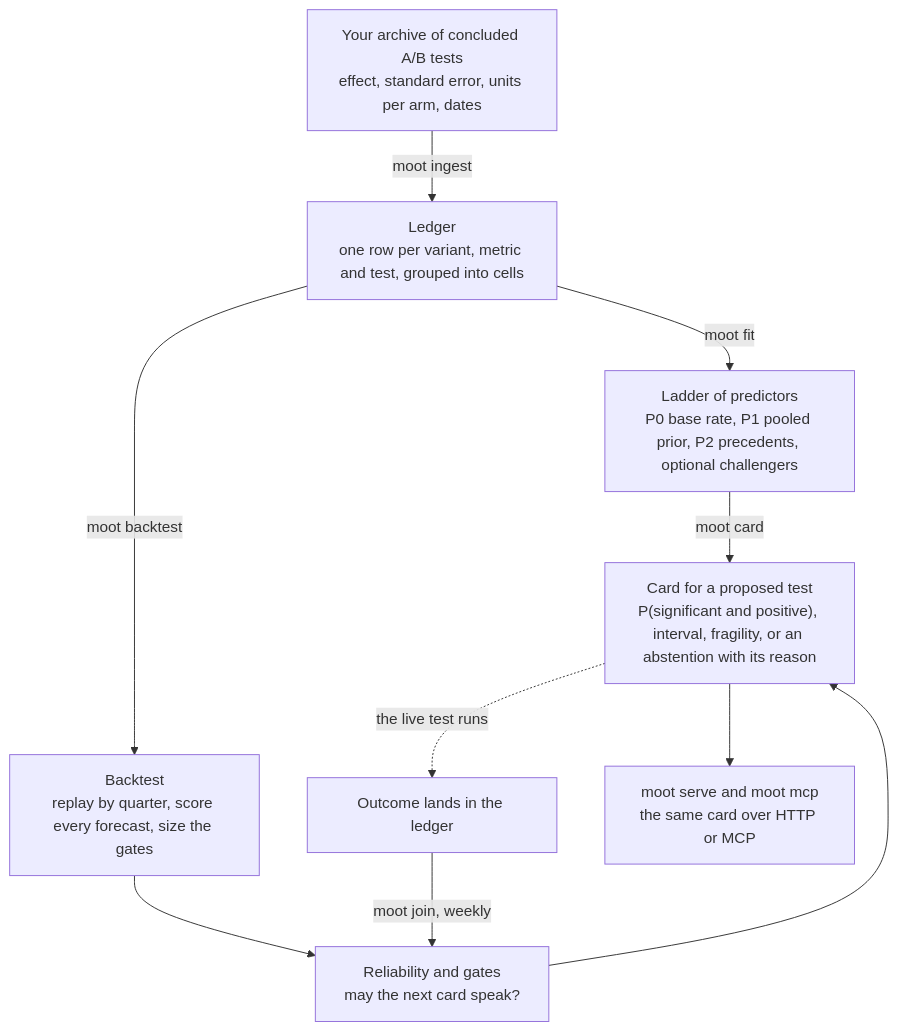
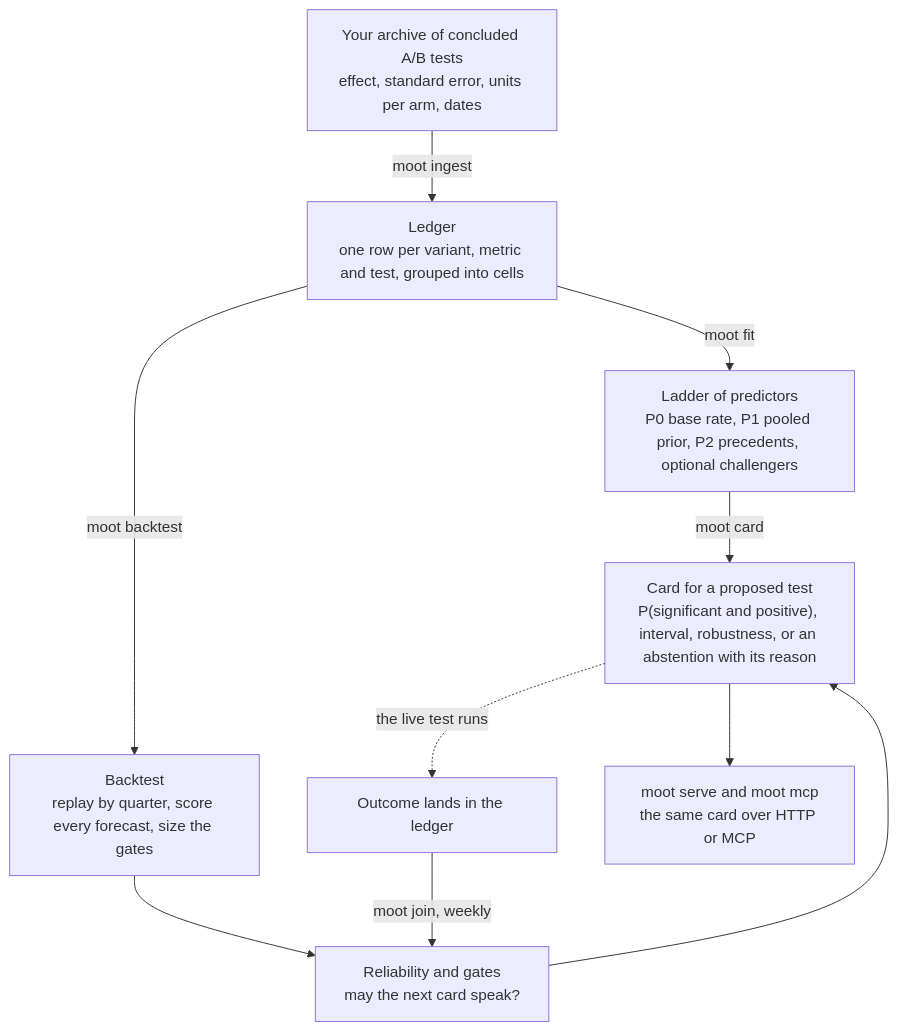
One commit to journey-agents/mootcourt changed the first of 2 diagrams in README.md. Above: the diagram before and after it, drawn with Mermaid. The commit also changed other lines of this file, not shown here.

````diff
--- a/README.md
+++ b/README.md
@@ -24,12 +29,12 @@
 ```mermaid
 flowchart TB
     A["Your archive of concluded A/B tests<br>effect, standard error, units per arm, dates"] -->|moot ingest| LG["Ledger<br>one row per variant, metric and test, grouped into cells"]
     LG -->|moot fit| LAD["Ladder of predictors<br>P0 base rate, P1 pooled prior, P2 precedents, optional challengers"]
     LG -->|moot backtest| BT["Backtest<br>replay by quarter, score every forecast, size the gates"]
-    LAD -->|moot card| CARD["Card for a proposed test<br>P(significant and positive), interval, fragility, or an abstention with its reason"]
+    LAD -->|moot card| CARD["Card for a proposed test<br>P(significant and positive), interval, robustness, or an abstention with its reason"]
     BT --> REL["Reliability and gates<br>may the next card speak?"]
     REL --> CARD
     CARD -.->|the live test runs| OUT["Outcome lands in the ledger"]
     OUT -->|moot join, weekly| REL
     CARD --> SRV["moot serve and moot mcp<br>the same card over HTTP or MCP"]
 ```
````
